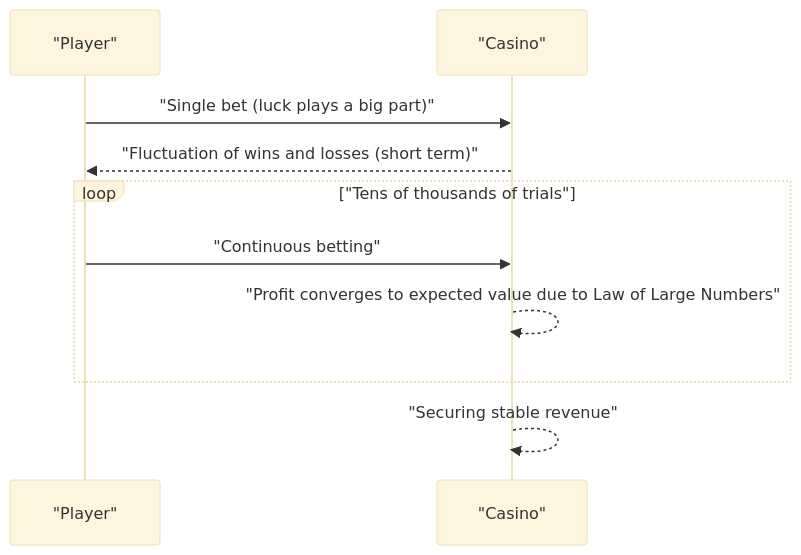
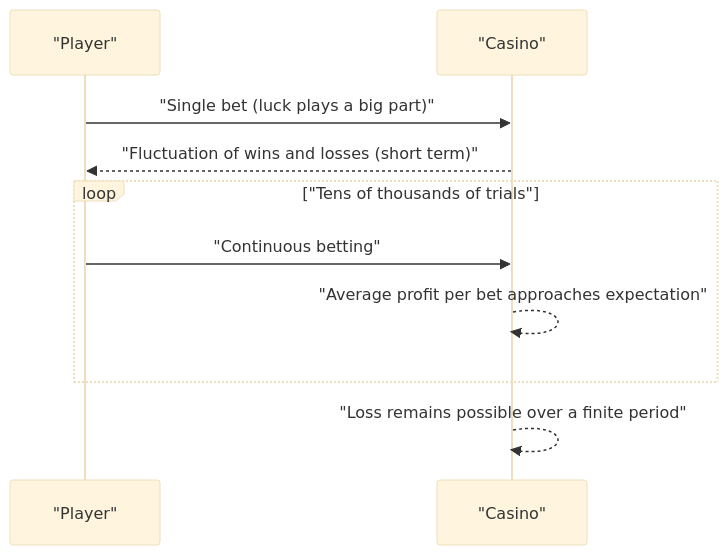
One commit to kenjinote/blog changed the second of 2 diagrams in content/post/law-of-large-numbers/index.en.md. Above: the diagram before and after it, drawn with Mermaid (base theme). The commit also changed other lines of this file and 12 other files, not shown here.

Commit message:
Review law of large numbers source and eight translations

````diff
--- a/content/post/law-of-large-numbers/index.en.md
+++ b/content/post/law-of-large-numbers/index.en.md
@@ -53,12 +53,12 @@
 ```mermaid
 sequenceDiagram
     participant P as "Player"
     participant C as "Casino"
     P->>C: "Single bet (luck plays a big part)"
     C-->>P: "Fluctuation of wins and losses (short term)"
     loop "Tens of thousands of trials"
         P->>C: "Continuous betting"
-        C-->>C: "Profit converges to expected value due to Law of Large Numbers"
+        C-->>C: "Average profit per bet approaches expectation"
     end
-    C-->>C: "Securing stable revenue"
+    C-->>C: "Loss remains possible over a finite period"
 ```
````
